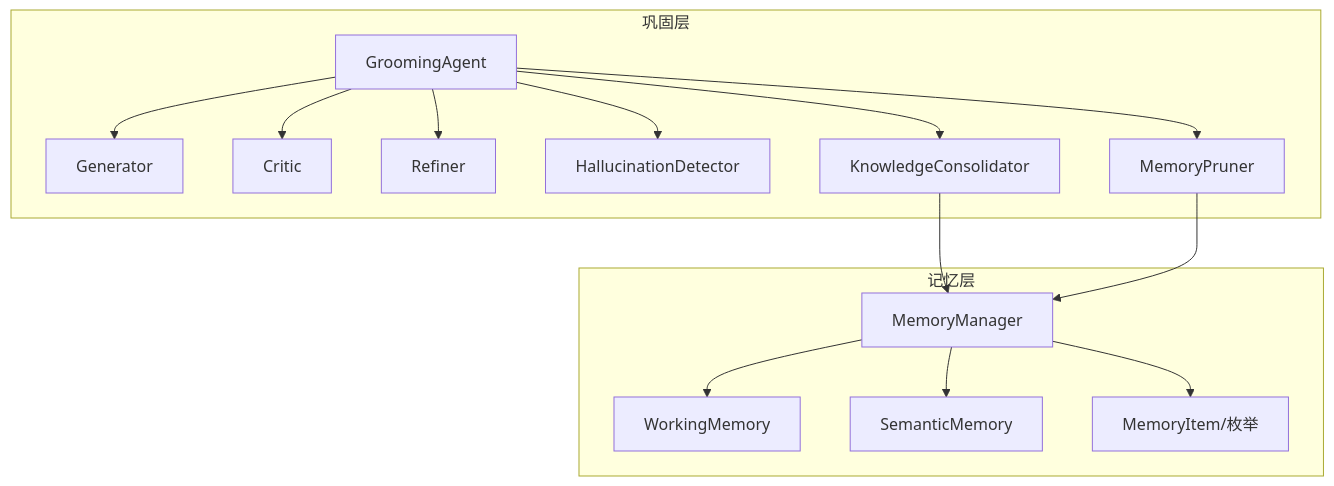
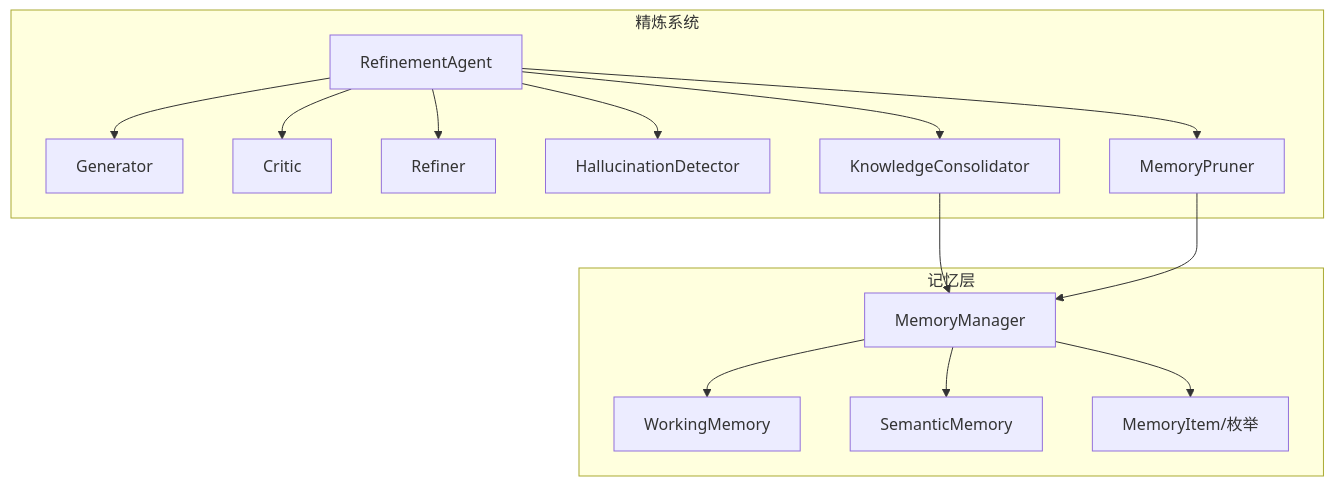
The second of 11 diagrams in .qoder/repowiki/zh/content/核心模块详解/Grooming Agent - 巩固层/Grooming Agent - 巩固层.md (JieGaoPrinceton/NecoRAG), drawn with Mermaid before and after one commit. The commit also changed other lines of this file and 23 other files, not shown here.

````diff
--- a/.qoder/repowiki/zh/content/核心模块详解/Grooming Agent - 巩固层/Grooming Agent - 巩固层.md
+++ b/.qoder/repowiki/zh/content/核心模块详解/Grooming Agent - 巩固层/Grooming Agent - 巩固层.md
@@ -127,29 +129,29 @@
 ```mermaid
 graph TB
-subgraph "巩固层"
-GA["GroomingAgent"]
+subgraph "精炼系统"
+GA["RefinementAgent"]
 GEN["Generator"]
 CRIT["Critic"]
 REF["Refiner"]
 HAL["HallucinationDetector"]
 CONS["KnowledgeConsolidator"]
 PRUNE["MemoryPruner"]
 end
 subgraph "记忆层"
 MM["MemoryManager"]
 WM["WorkingMemory"]
 SM["SemanticMemory"]
 MI["MemoryItem/枚举"]
 end
 GA --> GEN
 GA --> CRIT
 GA --> REF
 GA --> HAL
 GA --> CONS
 GA --> PRUNE
 CONS --> MM
 PRUNE --> MM
 MM --> WM
 MM --> SM
 MM --> MI
 ```
````
